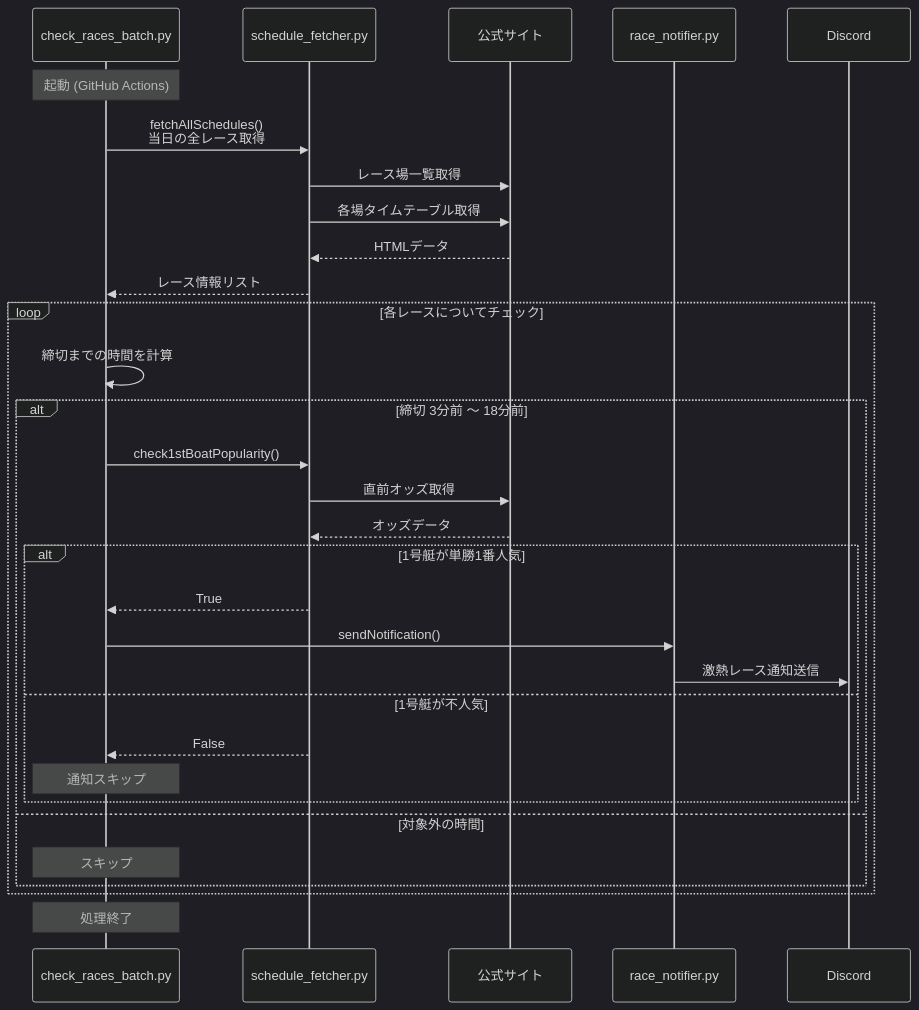
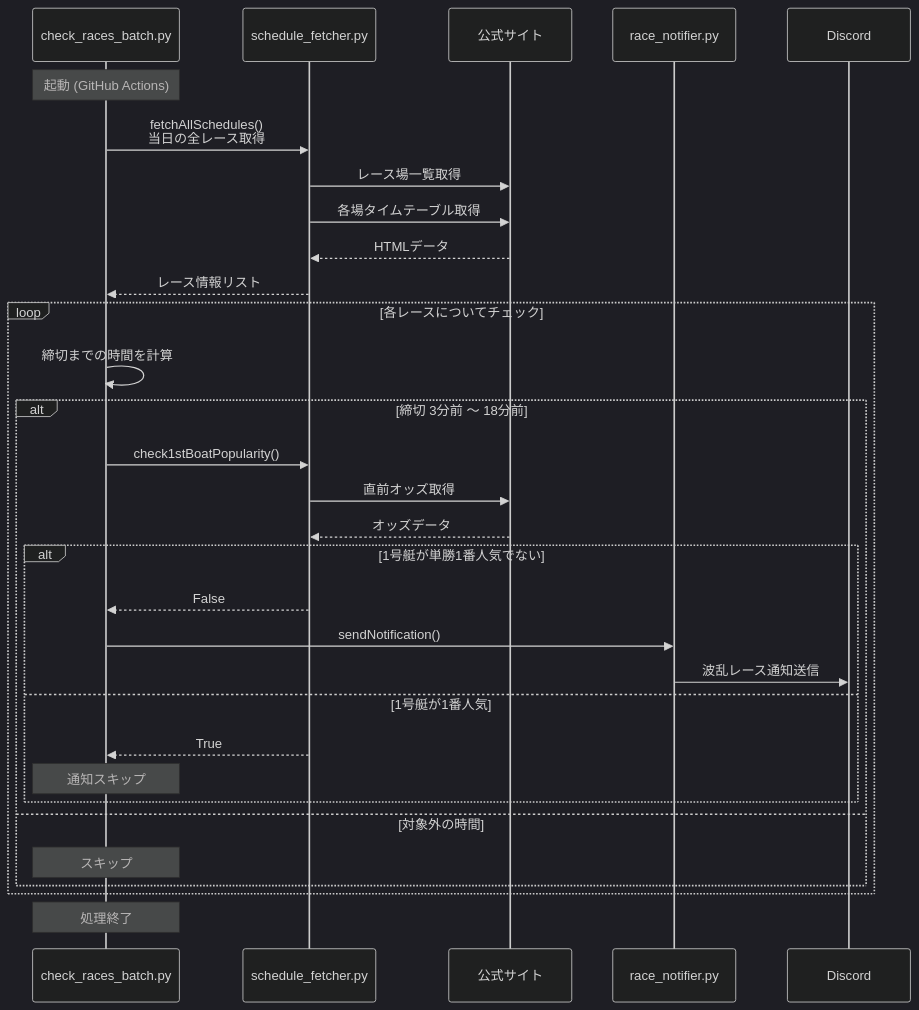
One commit to HAYASHI-SHIGERU/bortrace-monitor changed the second of 2 diagrams in PROJECT_ARCHITECTURE.md. Above: the diagram before and after it, drawn with Mermaid (dark theme). The commit also changed 1 other file, not shown here.

Commit message:
Update docs to reflect new notification condition (upset races only)

````diff
--- a/PROJECT_ARCHITECTURE.md
+++ b/PROJECT_ARCHITECTURE.md
@@ -36,39 +36,39 @@
 ```mermaid
 sequenceDiagram
     participant Main as check_races_batch.py
     participant Fetcher as schedule_fetcher.py
     participant Web as 公式サイト
     participant Notifier as race_notifier.py
     participant Discord as Discord
 
     Note over Main: 起動 (GitHub Actions)
 
     Main->>Fetcher: fetchAllSchedules()<br/>当日の全レース取得
     Fetcher->>Web: レース場一覧取得
     Fetcher->>Web: 各場タイムテーブル取得
     Web-->>Fetcher: HTMLデータ
     Fetcher-->>Main: レース情報リスト
 
     loop 各レースについてチェック
         Main->>Main: 締切までの時間を計算
         
         alt 締切 3分前 〜 18分前
             Main->>Fetcher: check1stBoatPopularity()
             Fetcher->>Web: 直前オッズ取得
             Web-->>Fetcher: オッズデータ
             
-            alt 1号艇が単勝1番人気
+            alt 1号艇が単勝1番人気でない
+                Fetcher-->>Main: False
+                Main->>Notifier: sendNotification()
+                Notifier->>Discord: 波乱レース通知送信
+            else 1号艇が1番人気
                 Fetcher-->>Main: True
-                Main->>Notifier: sendNotification()
-                Notifier->>Discord: 激熱レース通知送信
-            else 1号艇が不人気
-                Fetcher-->>Main: False
                 Note over Main: 通知スキップ
             end
         else 対象外の時間
             Note over Main: スキップ
         end
     end
 
     Note over Main: 処理終了
 ```
````
